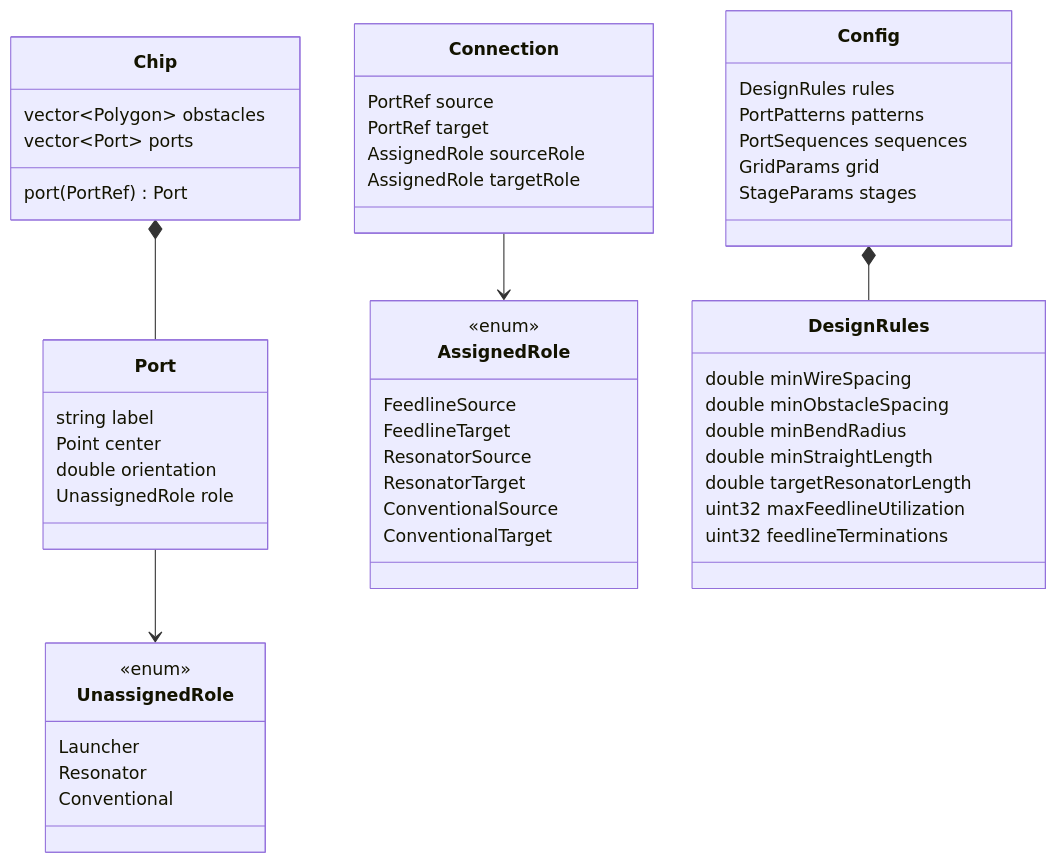
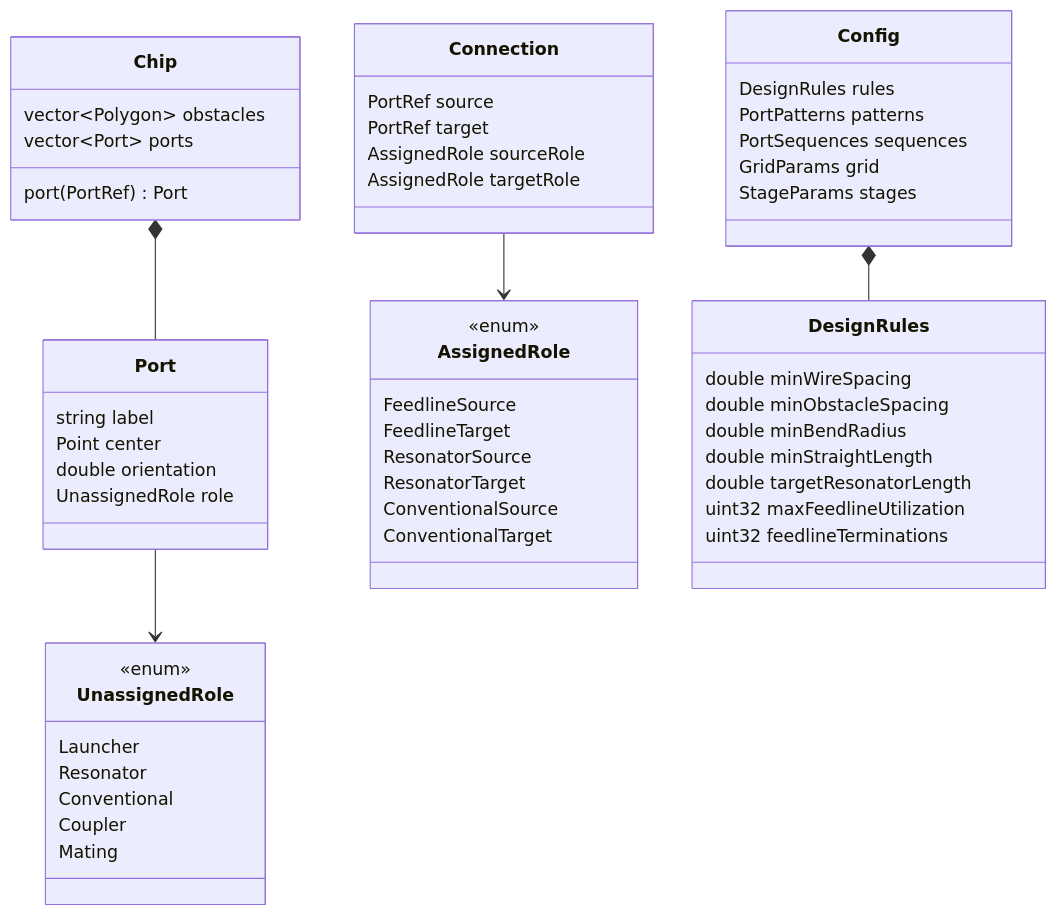
One commit to munich-quantum-toolkit/scpd changed the diagram in docs/design/data-model.md. Above: the diagram before and after it, drawn with Mermaid. The commit also changed other lines of this file and 120 other files, not shown here.

````diff
--- a/docs/design/data-model.md
+++ b/docs/design/data-model.md
@@ -37,56 +35,58 @@
 ```mermaid
 classDiagram
   class Chip {
     vector~Polygon~ obstacles
     vector~Port~ ports
     port(PortRef) Port
   }
   class Port {
     string label
     Point center
     double orientation
     UnassignedRole role
   }
   class UnassignedRole {
     <<enum>>
     Launcher
     Resonator
     Conventional
+    Coupler
+    Mating
   }
   class AssignedRole {
     <<enum>>
     FeedlineSource
     FeedlineTarget
     ResonatorSource
     ResonatorTarget
     ConventionalSource
     ConventionalTarget
   }
   class Connection {
     PortRef source
     PortRef target
     AssignedRole sourceRole
     AssignedRole targetRole
   }
   class DesignRules {
     double minWireSpacing
     double minObstacleSpacing
     double minBendRadius
     double minStraightLength
     double targetResonatorLength
     uint32 maxFeedlineUtilization
     uint32 feedlineTerminations
   }
   class Config {
     DesignRules rules
     PortPatterns patterns
     PortSequences sequences
     GridParams grid
     StageParams stages
   }
 
   Chip *-- Port
   Port --> UnassignedRole
   Connection --> AssignedRole
   Config *-- DesignRules
 ```
````
